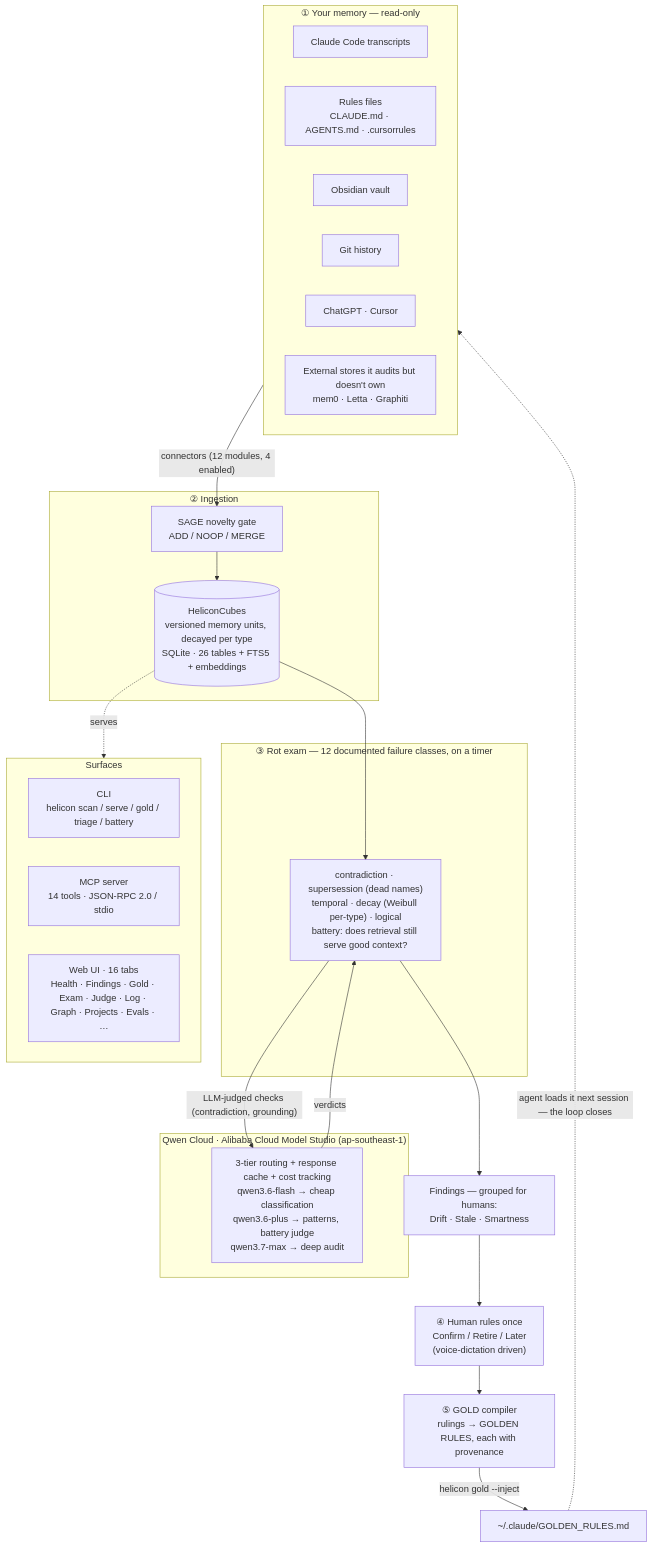
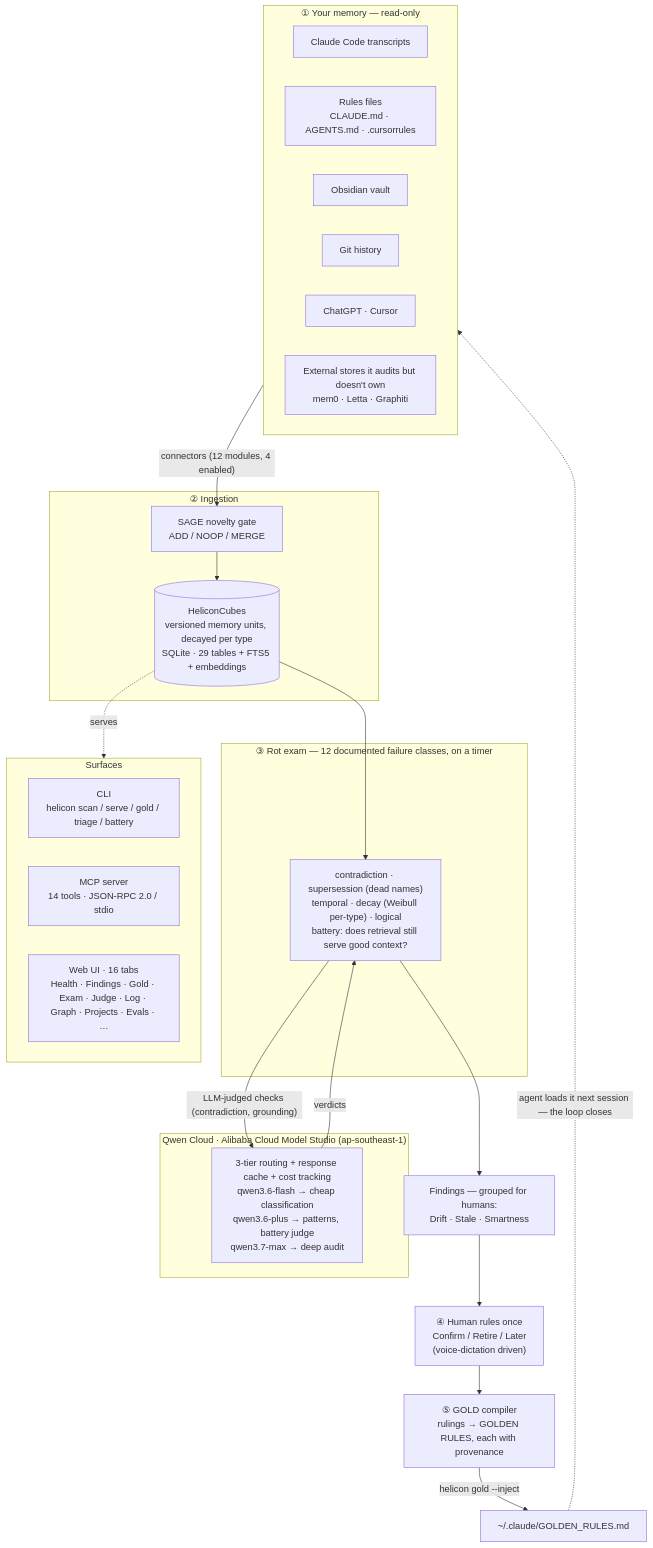
Before and after one commit to Morkeeth/mountain-of-helicon: the first of 2 diagrams in ARCHITECTURE.md, drawn with Mermaid. The commit also changed other lines of this file and 7 other files, not shown here.

````diff
--- a/ARCHITECTURE.md
+++ b/ARCHITECTURE.md
@@ -11,45 +11,45 @@
 ```mermaid
 flowchart TD
   subgraph SRC["① Your memory — read-only"]
     A1["Claude Code transcripts"]
     A2["Rules files<br/>CLAUDE.md · AGENTS.md · .cursorrules"]
     A3["Obsidian vault"]
     A4["Git history"]
     A5["ChatGPT · Cursor"]
     A6["External stores it audits but doesn't own<br/>mem0 · Letta · Graphiti"]
   end
 
   SRC -->|"connectors (12 modules, 4 enabled)"| GATE
 
   subgraph INGEST["② Ingestion"]
     GATE["SAGE novelty gate<br/>ADD / NOOP / MERGE"]
-    CUBES[("HeliconCubes<br/>versioned memory units, decayed per type<br/>SQLite · 26 tables + FTS5 + embeddings")]
+    CUBES[("HeliconCubes<br/>versioned memory units, decayed per type<br/>SQLite · 29 tables + FTS5 + embeddings")]
     GATE --> CUBES
   end
 
   CUBES --> EXAM
 
   subgraph AUDIT["③ Rot exam — 12 documented failure classes, on a timer"]
     EXAM["contradiction · supersession (dead names)<br/>temporal · decay (Weibull per-type) · logical<br/>battery: does retrieval still serve good context?"]
   end
 
   EXAM -->|"LLM-judged checks (contradiction, grounding)"| QWEN
   QWEN -->|verdicts| EXAM
 
   subgraph QWENC["Qwen Cloud · Alibaba Cloud Model Studio (ap-southeast-1)"]
     QWEN["3-tier routing + response cache + cost tracking<br/>qwen3.6-flash → cheap classification<br/>qwen3.6-plus → patterns, battery judge<br/>qwen3.7-max → deep audit"]
   end
 
   EXAM --> FIND["Findings — grouped for humans:<br/>Drift · Stale · Smartness"]
   FIND --> HUMAN["④ Human rules once<br/>Confirm / Retire / Later<br/>(voice-dictation driven)"]
   HUMAN --> GOLD["⑤ GOLD compiler<br/>rulings → GOLDEN RULES, each with provenance"]
   GOLD -->|"helicon gold --inject"| INJECT["~/.claude/GOLDEN_RULES.md"]
   INJECT -.->|"agent loads it next session — the loop closes"| SRC
 
   CUBES -.serves.-> SURF
   subgraph SURF["Surfaces"]
     CLI["CLI<br/>helicon scan / serve / gold / triage / battery"]
     MCP["MCP server<br/>14 tools · JSON-RPC 2.0 / stdio"]
     WEB["Web UI · 16 tabs<br/>Health · Findings · Gold · Exam · Judge · Log · Graph · Projects · Evals · …"]
   end
 ```
````
